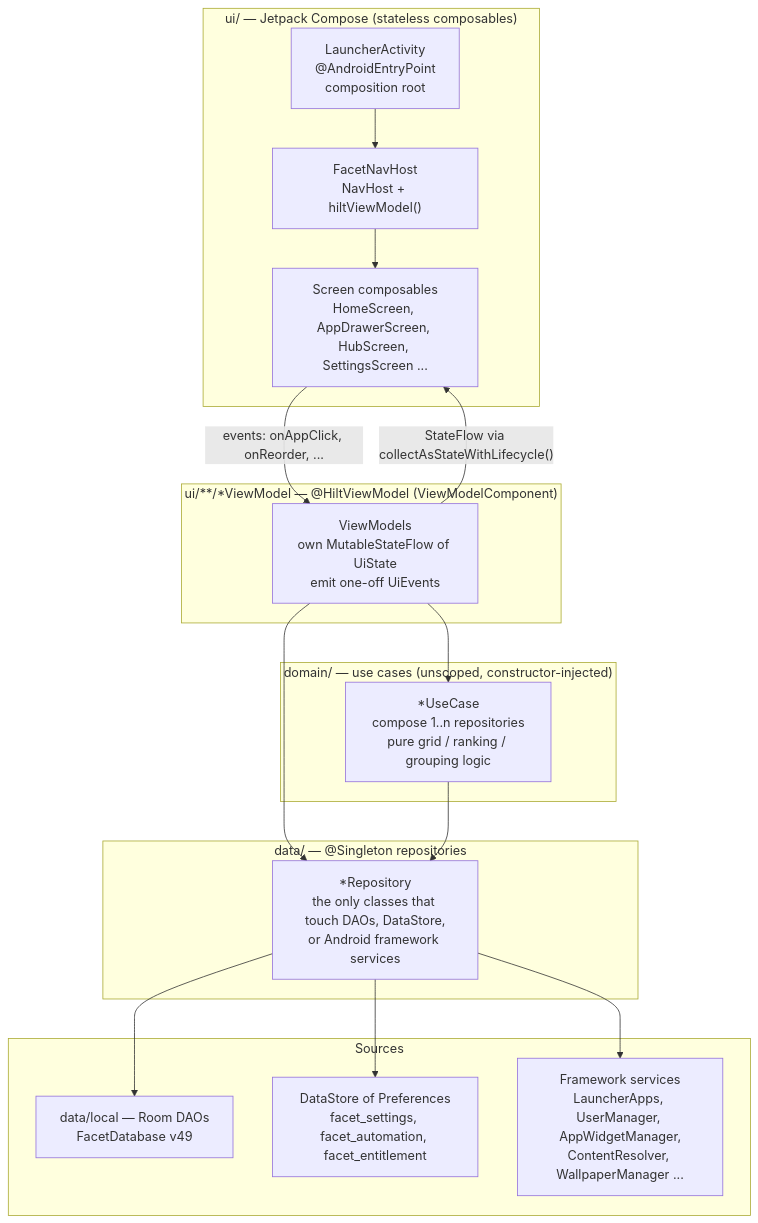
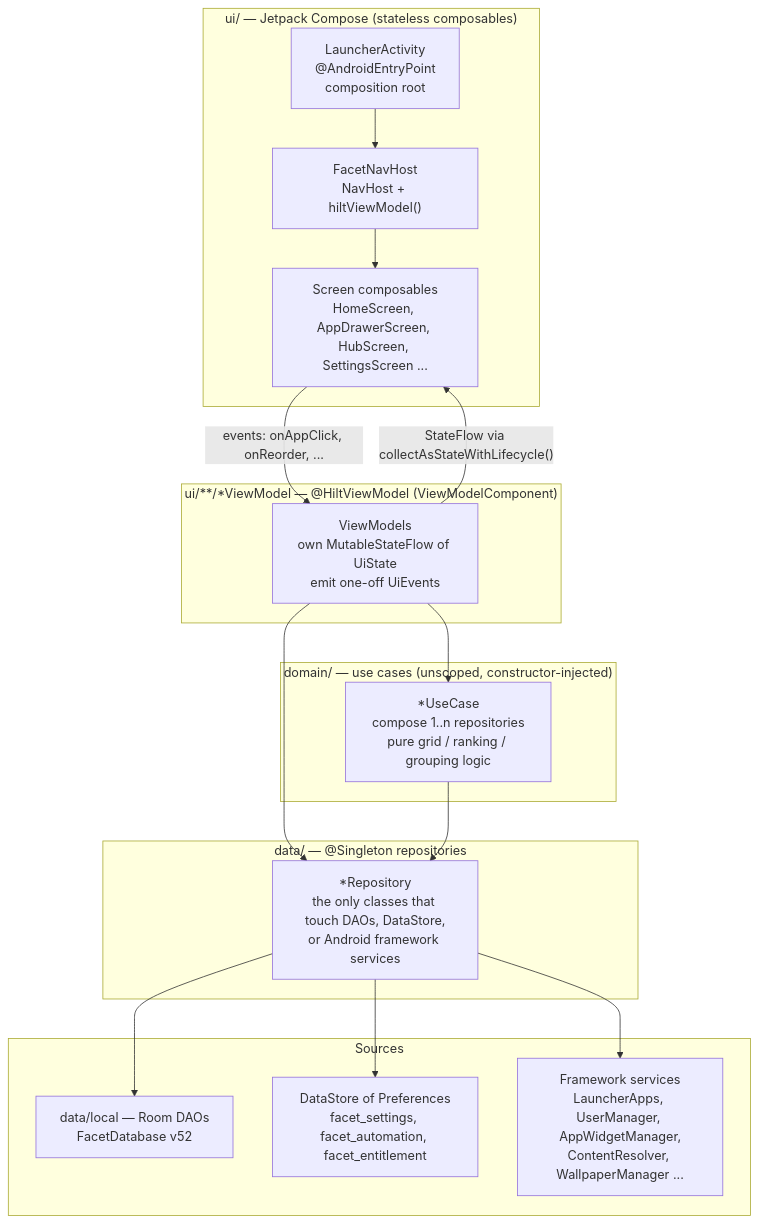
The first of 3 diagrams in docs/architecture/01-architecture-and-layers.md (rohitganjam/facet-launcher), drawn with Mermaid before and after one commit. The commit also changed other lines of this file and 57 other files, not shown here.

````diff
--- a/docs/architecture/01-architecture-and-layers.md
+++ b/docs/architecture/01-architecture-and-layers.md
@@ -8,36 +8,36 @@
 ```mermaid
 flowchart TB
     subgraph UI["ui/ — Jetpack Compose (stateless composables)"]
         ACT["LauncherActivity\n@AndroidEntryPoint\ncomposition root"]
         NAV["FacetNavHost\nNavHost + hiltViewModel()"]
         SCR["Screen composables\nHomeScreen, AppDrawerScreen, HubScreen, SettingsScreen ..."]
         ACT --> NAV --> SCR
     end
 
     subgraph VM["ui/**/*ViewModel — @HiltViewModel (ViewModelComponent)"]
         VMS["ViewModels\nown MutableStateFlow of UiState\nemit one-off UiEvents"]
     end
 
     subgraph DOM["domain/ — use cases (unscoped, constructor-injected)"]
         UC["*UseCase\ncompose 1..n repositories\npure grid / ranking / grouping logic"]
     end
 
     subgraph DATA["data/ — @Singleton repositories"]
         REPO["*Repository\nthe only classes that touch DAOs, DataStore,\nor Android framework services"]
     end
 
     subgraph SRC["Sources"]
-        DAO["data/local — Room DAOs\nFacetDatabase v49"]
+        DAO["data/local — Room DAOs\nFacetDatabase v52"]
         DS["DataStore of Preferences\nfacet_settings, facet_automation, facet_entitlement"]
         FW["Framework services\nLauncherApps, UserManager, AppWidgetManager,\nContentResolver, WallpaperManager ..."]
     end
 
     SCR -- "events: onAppClick, onReorder, ..." --> VMS
     VMS -- "StateFlow via collectAsStateWithLifecycle()" --> SCR
     VMS --> UC
     VMS --> REPO
     UC --> REPO
     REPO --> DAO
     REPO --> DS
     REPO --> FW
 ```
````
